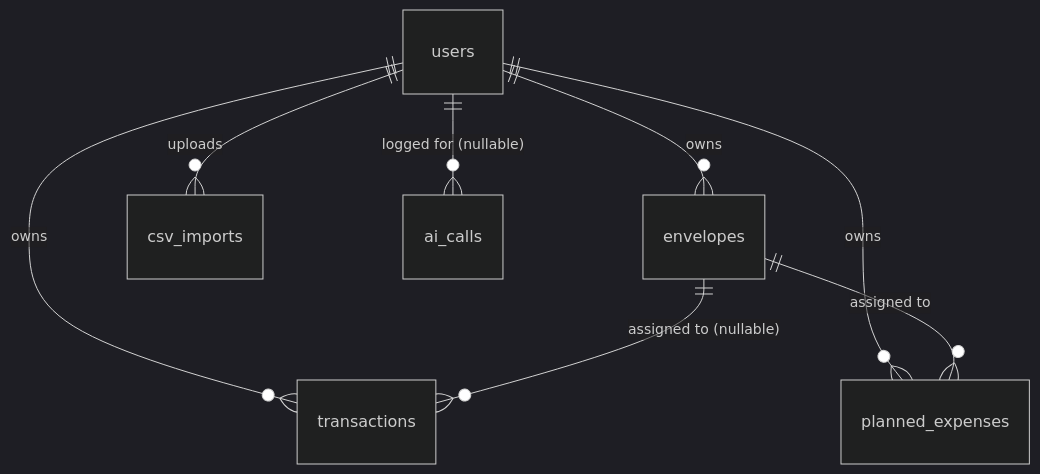
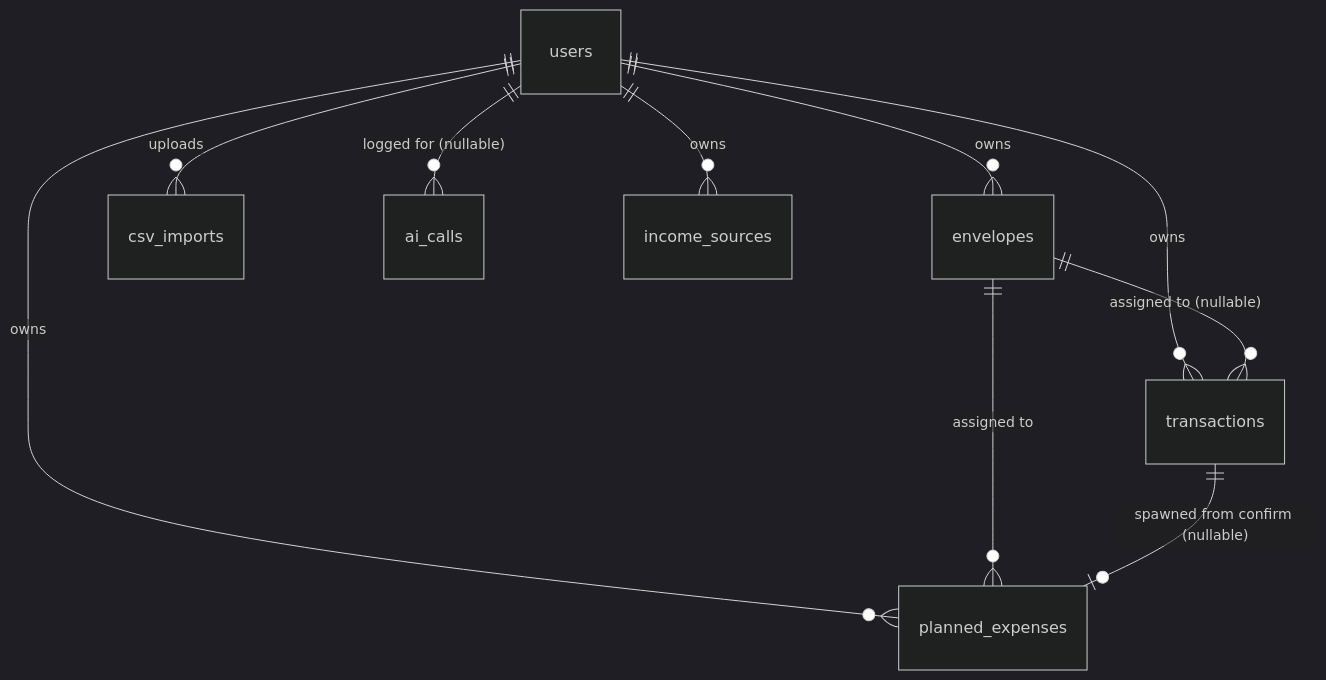
One commit to TechTroop-SekAir/buddgy-project changed the diagram in docs/DATABASE.md. Above: the diagram before and after it, drawn with Mermaid (dark theme). The commit also changed other lines of this file and 43 other files, not shown here.

First line of the commit message:
feat: add onboarding completion feature and income sources management

````diff
--- a/docs/DATABASE.md
+++ b/docs/DATABASE.md
@@ -34,10 +35,12 @@
 ```mermaid
 erDiagram
     users ||--o{ envelopes : owns
     users ||--o{ transactions : owns
     users ||--o{ planned_expenses : owns
     users ||--o{ csv_imports : uploads
     users ||--o{ ai_calls : "logged for (nullable)"
+    users ||--o{ income_sources : owns
     envelopes ||--o{ transactions : "assigned to (nullable)"
     envelopes ||--o{ planned_expenses : "assigned to"
+    transactions ||--o| planned_expenses : "spawned from confirm (nullable)"
 ```
````
